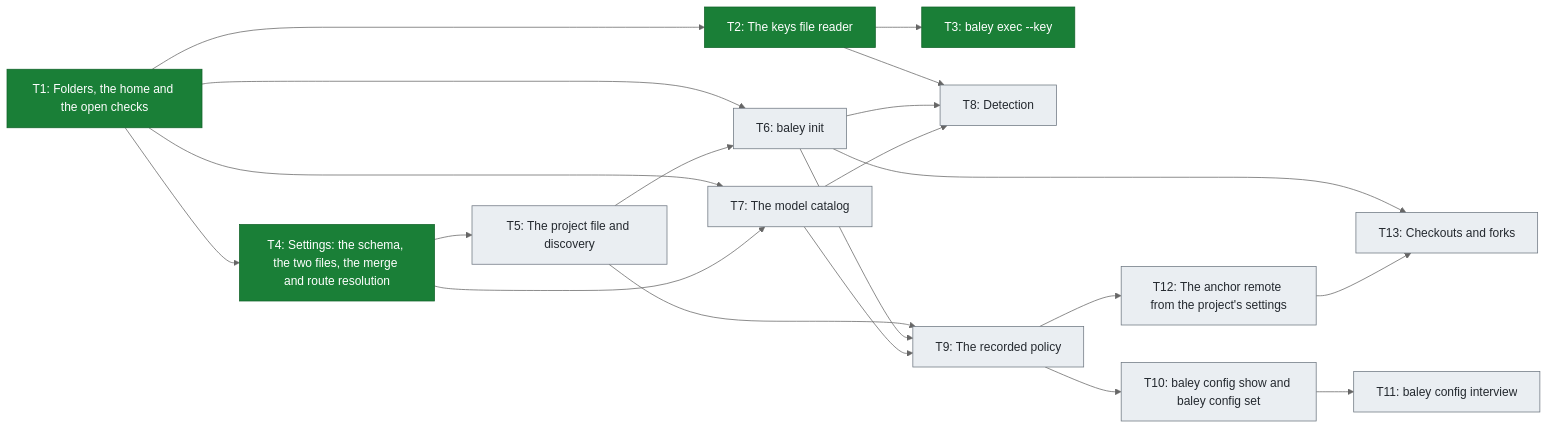
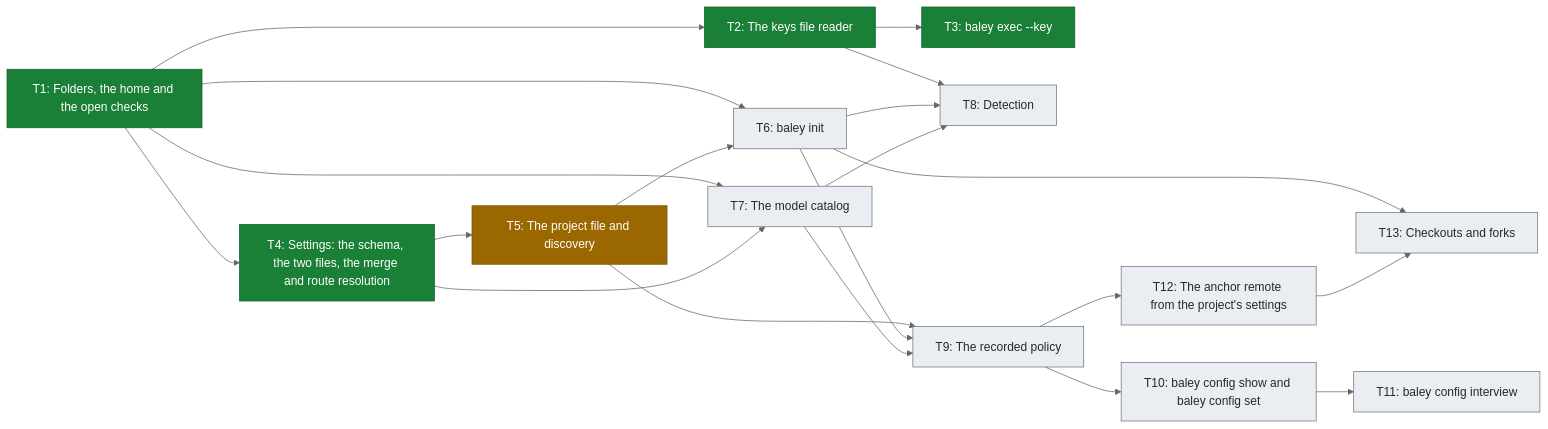
The third of 3 diagrams in docs/roadmap.md (crenshawdev/baley), drawn with Mermaid (neutral theme) before and after one commit. The commit also changed other lines of this file, not shown here.

Commit message:
docs(roadmap): mark Build 2 T5 in progress
Build 2, task 5 (#23). Discovery, the project file and HEAD's copy are
being built. The pull request link joins T5's row once the pull request
exists.

````diff
--- a/docs/roadmap.md
+++ b/docs/roadmap.md
@@ -100,41 +100,43 @@
 ```mermaid
 flowchart LR
     T1["T1: Folders, the home and the open checks"]
     T2["T2: The keys file reader"]
     T3["T3: baley exec --key"]
     T4["T4: Settings: the schema, the two files, the merge and route resolution"]
     T5["T5: The project file and discovery"]
     T6["T6: baley init"]
     T7["T7: The model catalog"]
     T8["T8: Detection"]
     T9["T9: The recorded policy"]
     T10["T10: baley config show and baley config set"]
     T11["T11: baley config interview"]
     T12["T12: The anchor remote from the project's settings"]
     T13["T13: Checkouts and forks"]
 
     T1 --> T2
     T1 --> T4
     T1 --> T6
     T1 --> T7
     T2 --> T3
     T2 --> T8
     T4 --> T5
     T4 --> T7
     T5 --> T6
     T5 --> T9
     T6 --> T8
     T6 --> T9
     T6 --> T13
     T7 --> T8
     T7 --> T9
     T9 --> T10
     T9 --> T12
     T10 --> T11
     T12 --> T13
 
     classDef done fill:#1a7f37,stroke:#116329,color:#ffffff
     classDef planned fill:#eaeef2,stroke:#6e7781,color:#24292f
+    classDef progress fill:#9a6700,stroke:#7d4e00,color:#ffffff
     class T1,T2,T3,T4 done
-    class T5,T6,T7,T8,T9,T10,T11,T12,T13 planned
+    class T5 progress
+    class T6,T7,T8,T9,T10,T11,T12,T13 planned
 ```
````
